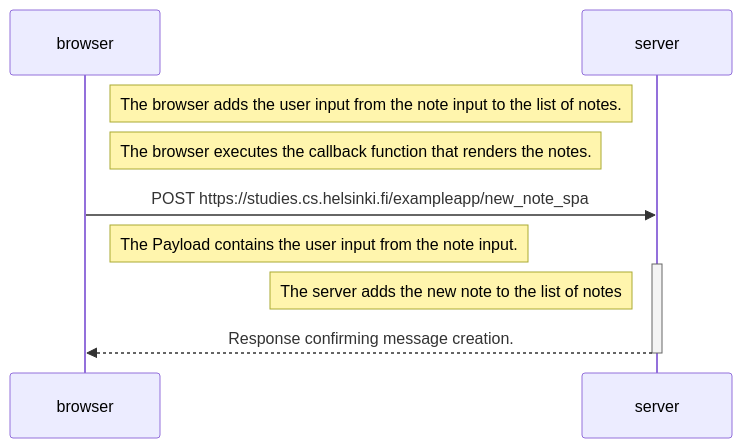
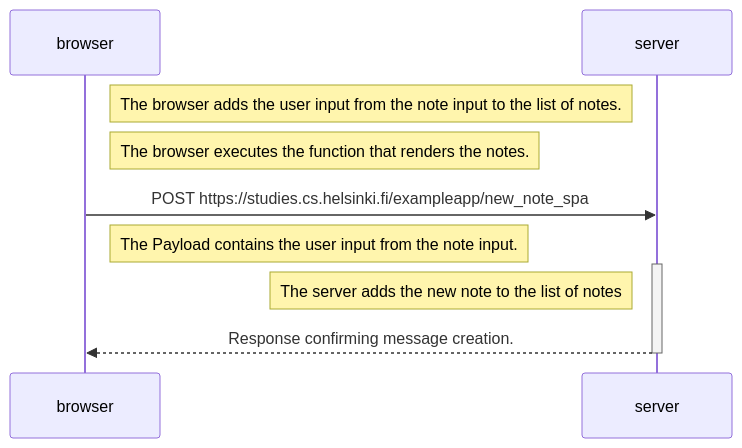
Before and after one commit to Saendy/fullstackopen-part0: the diagram in exercise-0-6.md, drawn with Mermaid.

````diff
--- a/exercise-0-6.md
+++ b/exercise-0-6.md
@@ -1,18 +1,18 @@
 ```mermaid
 sequenceDiagram
 participant browser
 participant server
 
     Note right of browser: The browser adds the user input from the note input to the list of notes.
-    Note right of browser: The browser executes the callback function that renders the notes.
+    Note right of browser: The browser executes the function that renders the notes.
 
     browser->>server: POST https://studies.cs.helsinki.fi/exampleapp/new_note_spa
 
     Note right of browser: The Payload contains the user input from the note input.
 
     activate server
     Note left of server: The server adds the new note to the list of notes
     server-->>browser: Response confirming message creation.
     deactivate server
 
 ```
````
